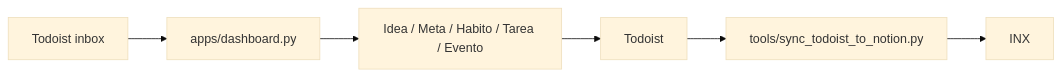
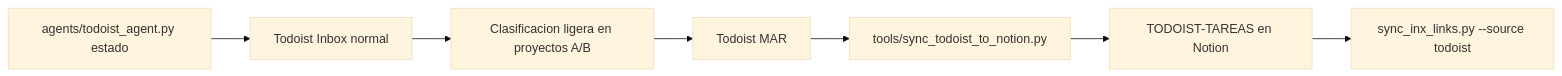
Before and after one commit to dalarconrub/coworkia: the first of 2 diagrams in bookdown/03-pipelines-principales.Rmd, drawn with Mermaid (base theme). The commit also changed other lines of this file and 12 other files, not shown here.

````diff
--- a/bookdown/03-pipelines-principales.Rmd
+++ b/bookdown/03-pipelines-principales.Rmd
@@ -5,8 +5,9 @@
 ```mermaid
 flowchart LR
-    Inbox[Todoist inbox] --> Dashboard[apps/dashboard.py]
-    Dashboard --> Clasificacion[Idea / Meta / Habito / Tarea / Evento]
-    Clasificacion --> Todoist[Todoist]
+    Estado[agents/todoist_agent.py estado] --> Inbox[Todoist Inbox normal]
+    Inbox --> Clasificacion[Clasificacion ligera en proyectos A/B]
+    Clasificacion --> Todoist[Todoist MAR]
     Todoist --> Sync[tools/sync_todoist_to_notion.py]
-    Sync --> INX[INX]
+    Sync --> Tareas[TODOIST-TAREAS en Notion]
+    Tareas --> INX[sync_inx_links.py --source todoist]
 ```
````
